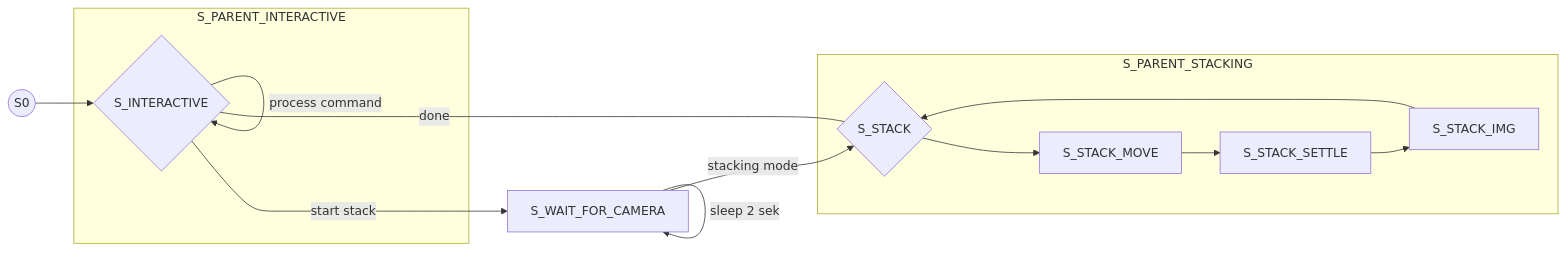
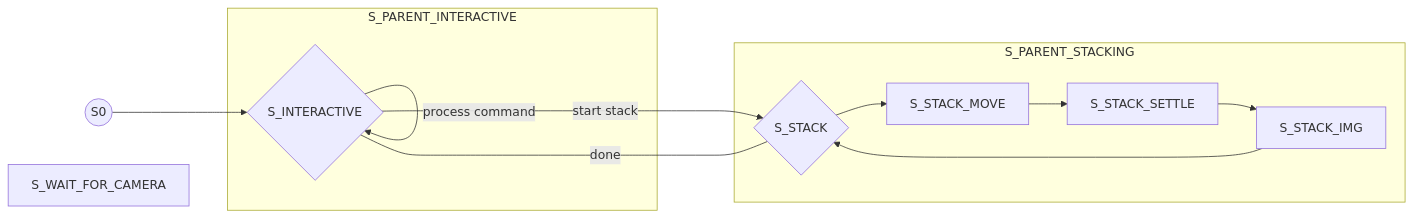
One commit to maxhbr/zephyr-rail changed the diagram in app/mermaid.StateMachine.mmd. Above: the diagram before and after it, drawn with Mermaid. The commit also changed 4 other files, not shown here.

```diff
--- a/app/mermaid.StateMachine.mmd
+++ b/app/mermaid.StateMachine.mmd
@@ -1,26 +1,24 @@
 flowchart LR;
     S0((S0));
 
     S_WAIT_FOR_CAMERA;
 
     subgraph S_PARENT_INTERACTIVE
       S_INTERACTIVE{S_INTERACTIVE}
     end
     
     subgraph S_PARENT_STACKING;
       S_STACK{S_STACK}
       S_STACK_MOVE;
       S_STACK_SETTLE;
       S_STACK_IMG;
     end
 
     S0 --> S_INTERACTIVE;
     S_INTERACTIVE -->|process command| S_INTERACTIVE;
-    S_INTERACTIVE -->|start stack| S_WAIT_FOR_CAMERA;
-    S_WAIT_FOR_CAMERA -->|sleep 2 sek| S_WAIT_FOR_CAMERA;
-    S_WAIT_FOR_CAMERA -->|stacking mode| S_STACK;
+    S_INTERACTIVE -->|start stack| S_STACK;
     S_INTERACTIVE <-----|done| S_STACK;
     S_STACK_MOVE --> S_STACK_SETTLE;
     S_STACK_SETTLE --> S_STACK_IMG;
     S_STACK_IMG --> S_STACK;
     S_STACK --> S_STACK_MOVE;
```
